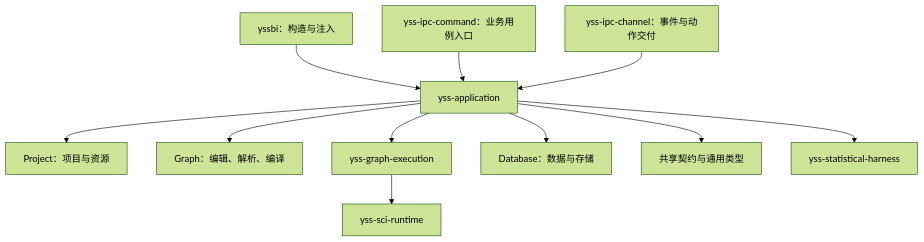
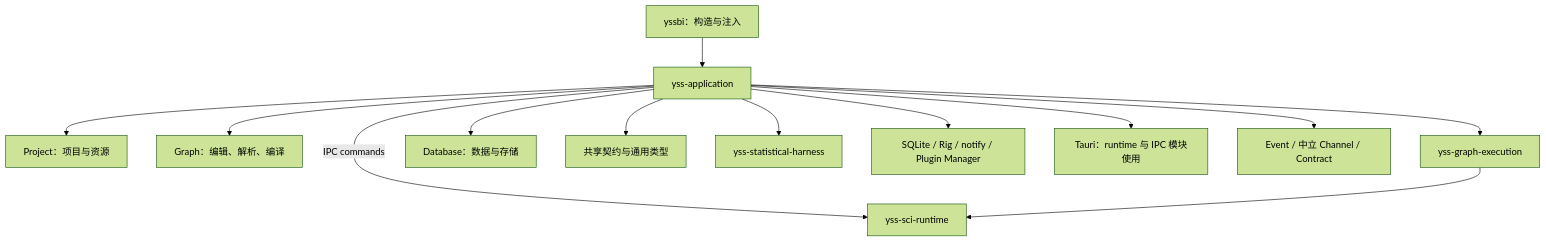
The diagram in src-tauri/crates/yss-application/README.md (zhouyi207/YssBI), drawn with Mermaid (forest theme) before and after one commit. The commit also changed other lines of this file and 18 other files, not shown here.

Commit message:
docs(architecture): document application composition and crate roles

````diff
--- a/src-tauri/crates/yss-application/README.md
+++ b/src-tauri/crates/yss-application/README.md
@@ -22,13 +16,15 @@
 ```mermaid
 flowchart TD
     ROOT["yssbi：构造与注入"] --> APP["yss-application"]
-    CMD["yss-ipc-command：业务用例入口"] --> APP
-    CH["yss-ipc-channel：事件与动作交付"] --> APP
     APP --> PROJECT["Project：项目与资源"]
     APP --> GRAPH["Graph：编辑、解析、编译"]
     APP --> EXEC["yss-graph-execution"]
     APP --> DATA["Database：数据与存储"]
     APP --> CONTRACT["共享契约与通用类型"]
     APP --> HARNESS["yss-statistical-harness"]
-    EXEC --> SCI["yss-sci-runtime"]
+    APP --> ADAPTERS["SQLite / Rig / notify / Plugin Manager"]
+    APP --> TAURI["Tauri：runtime 与 IPC 模块使用"]
+    APP --> IPC["Event / 中立 Channel / Contract"]
+    APP -->|IPC commands| SCI["yss-sci-runtime"]
+    EXEC --> SCI
 ```
````
